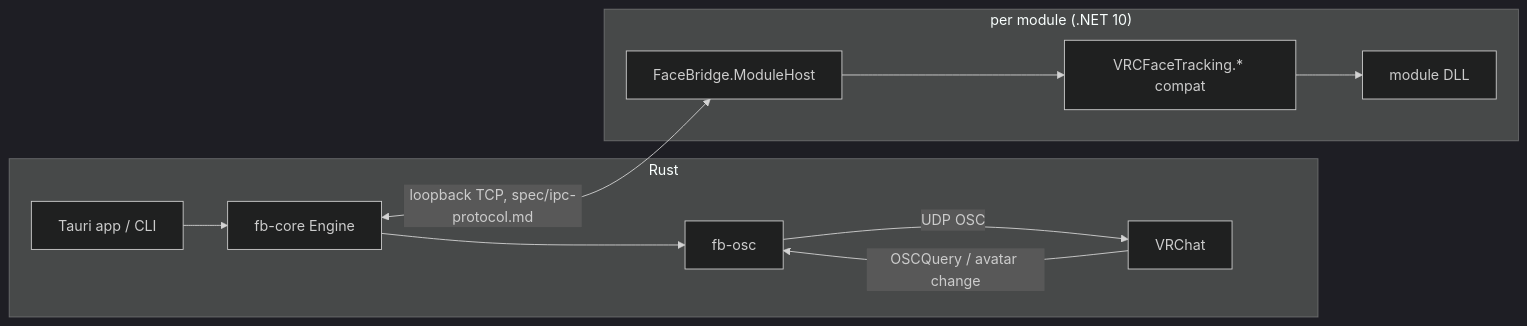
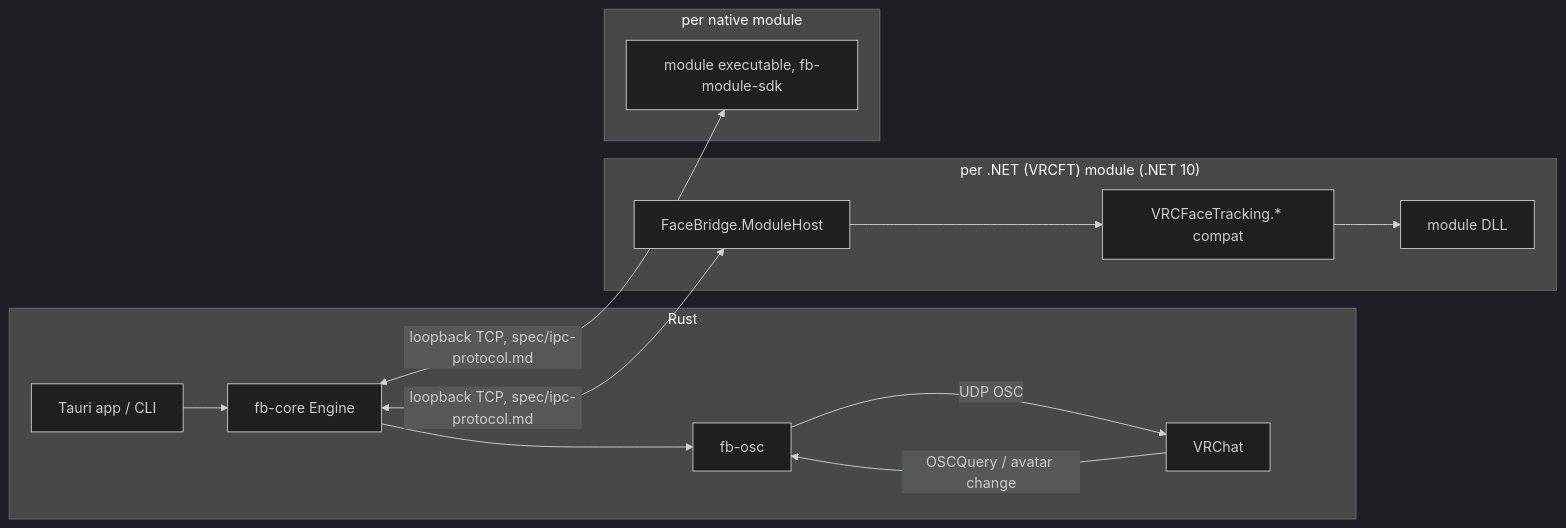
The diagram in README.md (codeyumx/oscft_for_vrc), drawn with Mermaid (dark theme) before and after one commit. The commit also changed other lines of this file and 17 other files, not shown here.

First line of the commit message:
Add native (Rust) modules and bundle the module host into release builds

````diff
--- a/README.md
+++ b/README.md
@@ -29,12 +30,16 @@
 ```mermaid
 flowchart LR
   subgraph Rust
     UI[Tauri app / CLI] --> Engine[fb-core Engine]
     Engine --> OSC[fb-osc] -->|UDP OSC| VRChat
     VRChat -->|OSCQuery / avatar change| OSC
   end
   Engine <-->|loopback TCP, spec/ipc-protocol.md| Host
-  subgraph "per module (.NET 10)"
+  Engine <-->|loopback TCP, spec/ipc-protocol.md| Native
+  subgraph "per .NET (VRCFT) module (.NET 10)"
     Host[FaceBridge.ModuleHost] --> Compat[VRCFaceTracking.* compat] --> Module[module DLL]
   end
+  subgraph "per native module"
+    Native[module executable, fb-module-sdk]
+  end
 ```
````
